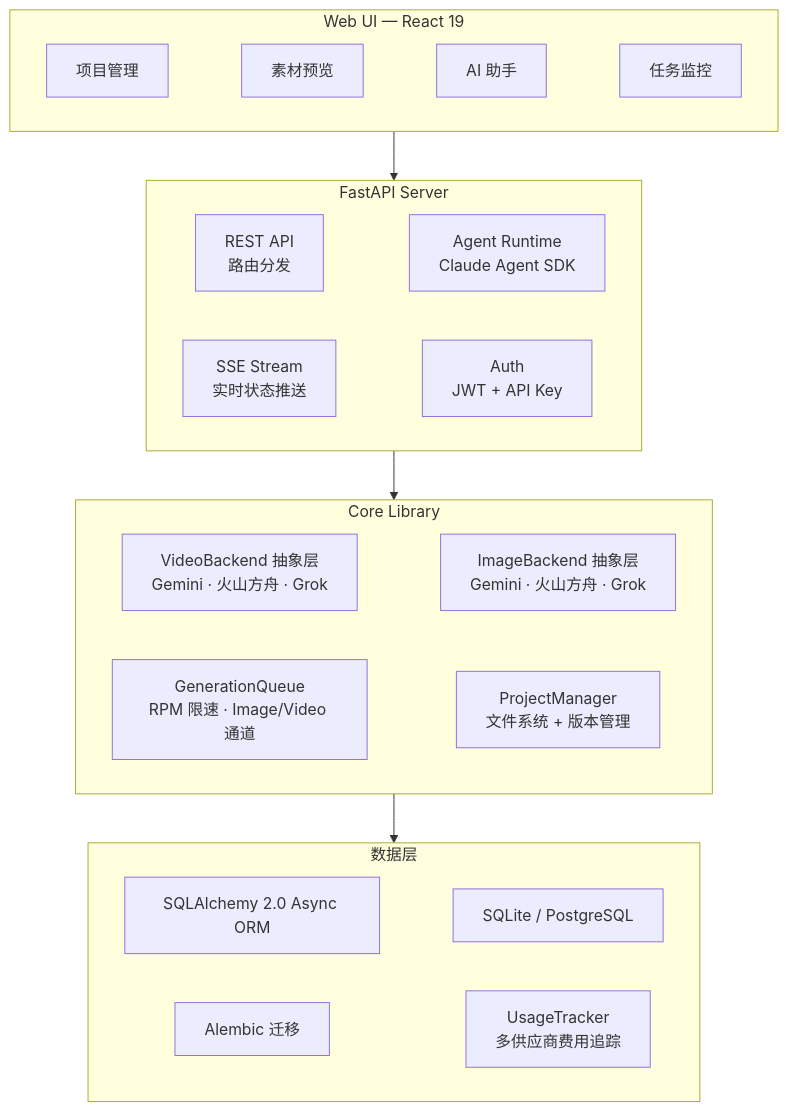
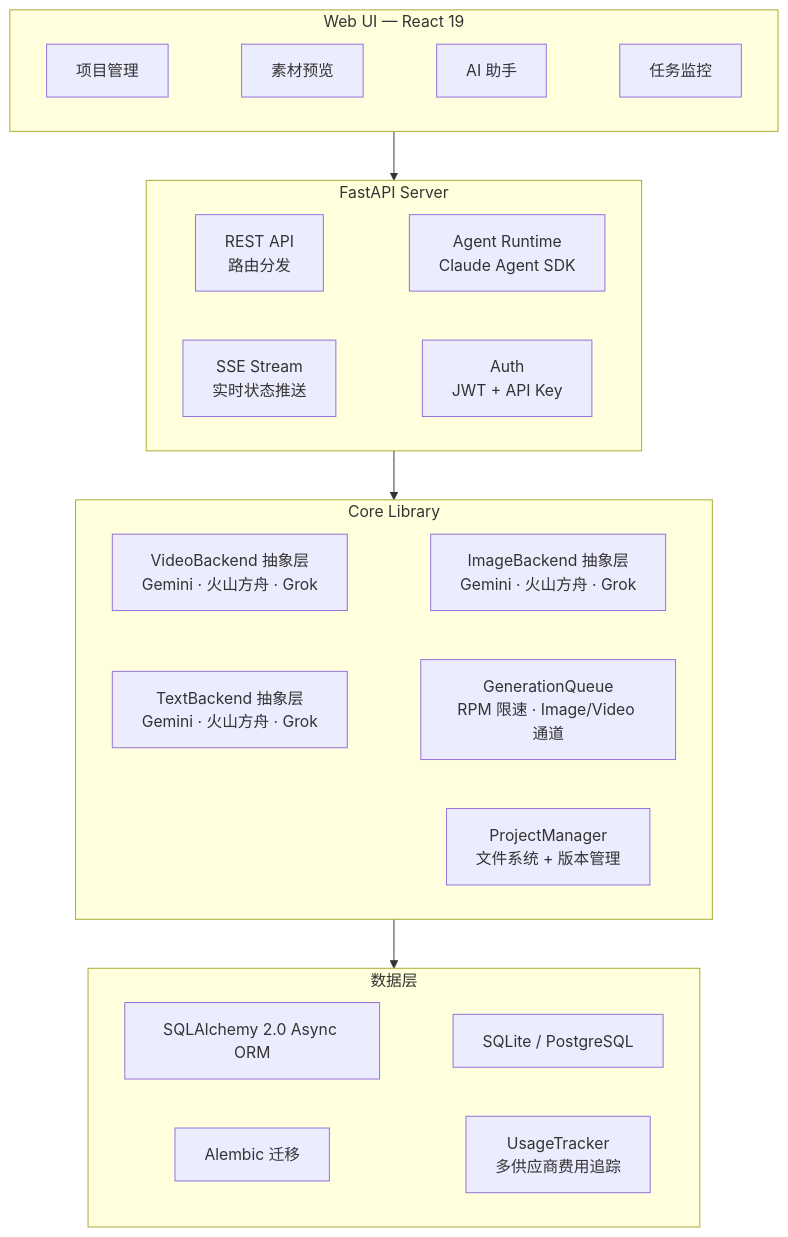
Before and after one commit to huiyang0325/C301: the third of 3 diagrams in README.md, drawn with Mermaid. The commit also changed other lines of this file and 1 other file, not shown here.

````diff
--- a/README.md
+++ b/README.md
@@ -216,23 +225,24 @@
 ```mermaid
 flowchart TB
     subgraph UI["Web UI — React 19"]
         U1["项目管理"] ~~~ U2["素材预览"] ~~~ U3["AI 助手"] ~~~ U4["任务监控"]
     end
 
     subgraph Server["FastAPI Server"]
         S1["REST API<br/>路由分发"] ~~~ S2["Agent Runtime<br/>Claude Agent SDK"]
         S3["SSE Stream<br/>实时状态推送"] ~~~ S4["Auth<br/>JWT + API Key"]
     end
 
     subgraph Core["Core Library"]
         C1["VideoBackend 抽象层<br/>Gemini · 火山方舟 · Grok"] ~~~ C2["ImageBackend 抽象层<br/>Gemini · 火山方舟 · Grok"]
-        C3["GenerationQueue<br/>RPM 限速 · Image/Video 通道"] ~~~ C4["ProjectManager<br/>文件系统 + 版本管理"]
+        C5["TextBackend 抽象层<br/>Gemini · 火山方舟 · Grok"] ~~~ C3["GenerationQueue<br/>RPM 限速 · Image/Video 通道"]
+        C4["ProjectManager<br/>文件系统 + 版本管理"]
     end
 
     subgraph Data["数据层"]
         D1["SQLAlchemy 2.0 Async ORM"] ~~~ D2["SQLite / PostgreSQL"]
         D3["Alembic 迁移"] ~~~ D4["UsageTracker<br/>多供应商费用追踪"]
     end
 
     UI --> Server --> Core --> Data
 ```
````
